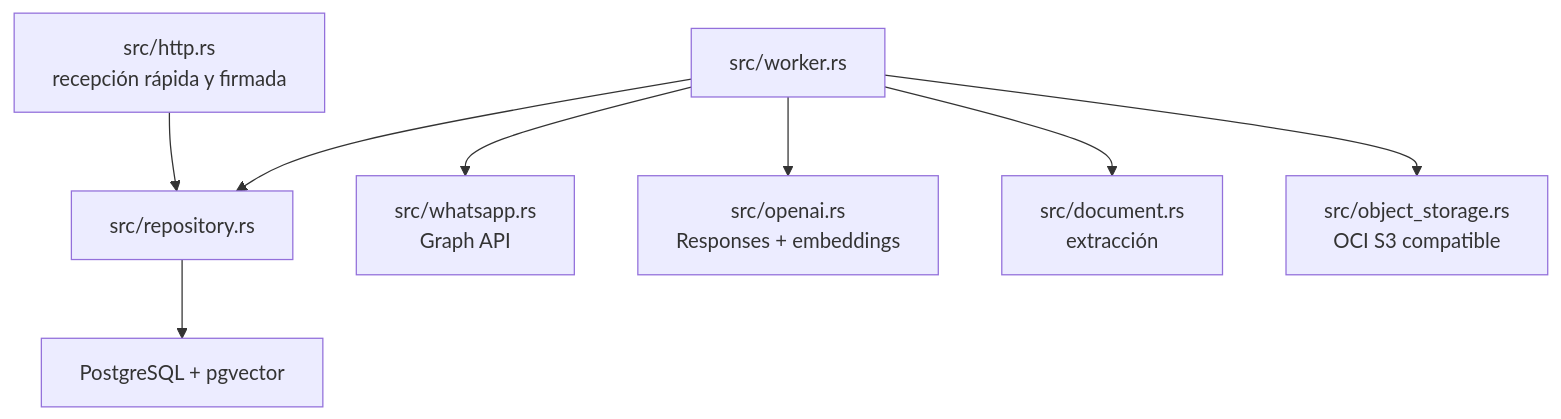
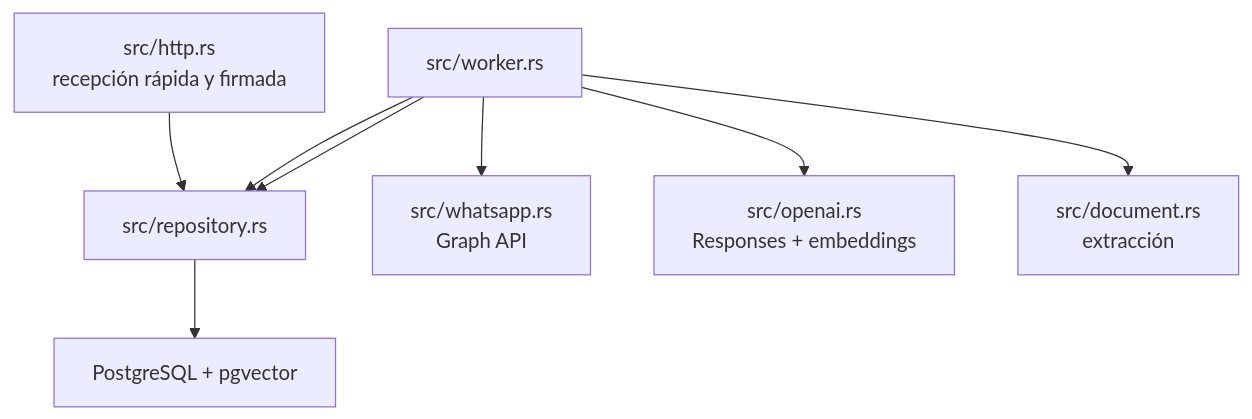
One commit to andrescastiglia/agora changed the diagram in Agent.md. Above: the diagram before and after it, drawn with Mermaid. The commit also changed other lines of this file and 21 other files, not shown here.

````diff
--- a/Agent.md
+++ b/Agent.md
@@ -28,10 +28,10 @@
 ```mermaid
 flowchart TD
     http["src/http.rs<br/>recepción rápida y firmada"] --> repo["src/repository.rs"]
     repo --> db["PostgreSQL + pgvector"]
     worker["src/worker.rs"] --> repo
     worker --> wa["src/whatsapp.rs<br/>Graph API"]
     worker --> ai["src/openai.rs<br/>Responses + embeddings"]
     worker --> docs["src/document.rs<br/>extracción"]
-    worker --> objects["src/object_storage.rs<br/>OCI S3 compatible"]
+    worker --> repo
 ```
````
